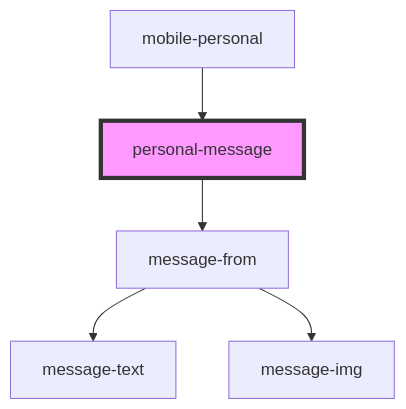
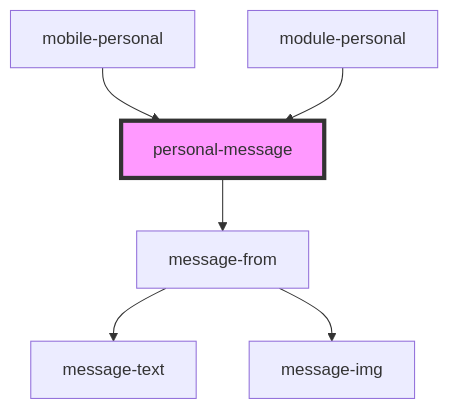
The diagram in src/components/mobile/mobile-chat/res/view/mobile-personal/res/view/personal-message/readme.md (saqhan/stencil-chat), drawn with Mermaid before and after one commit. The commit also changed other lines of this file and 24 other files, not shown here.

````diff
--- a/src/components/mobile/mobile-chat/res/view/mobile-personal/res/view/personal-message/readme.md
+++ b/src/components/mobile/mobile-chat/res/view/mobile-personal/res/view/personal-message/readme.md
@@ -26,8 +27,9 @@
 ```mermaid
 graph TD;
   personal-message --> message-from
   message-from --> message-text
   message-from --> message-img
   mobile-personal --> personal-message
+  module-personal --> personal-message
   style personal-message fill:#f9f,stroke:#333,stroke-width:4px
 ```
````
